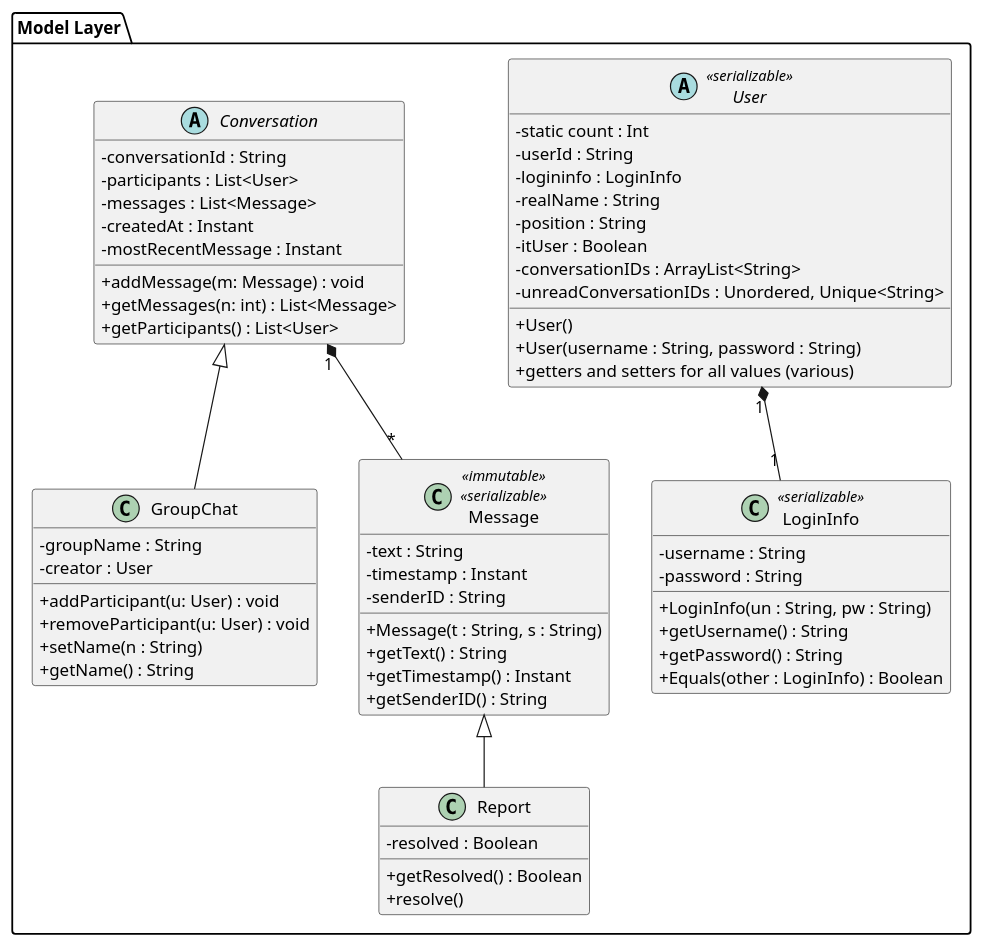
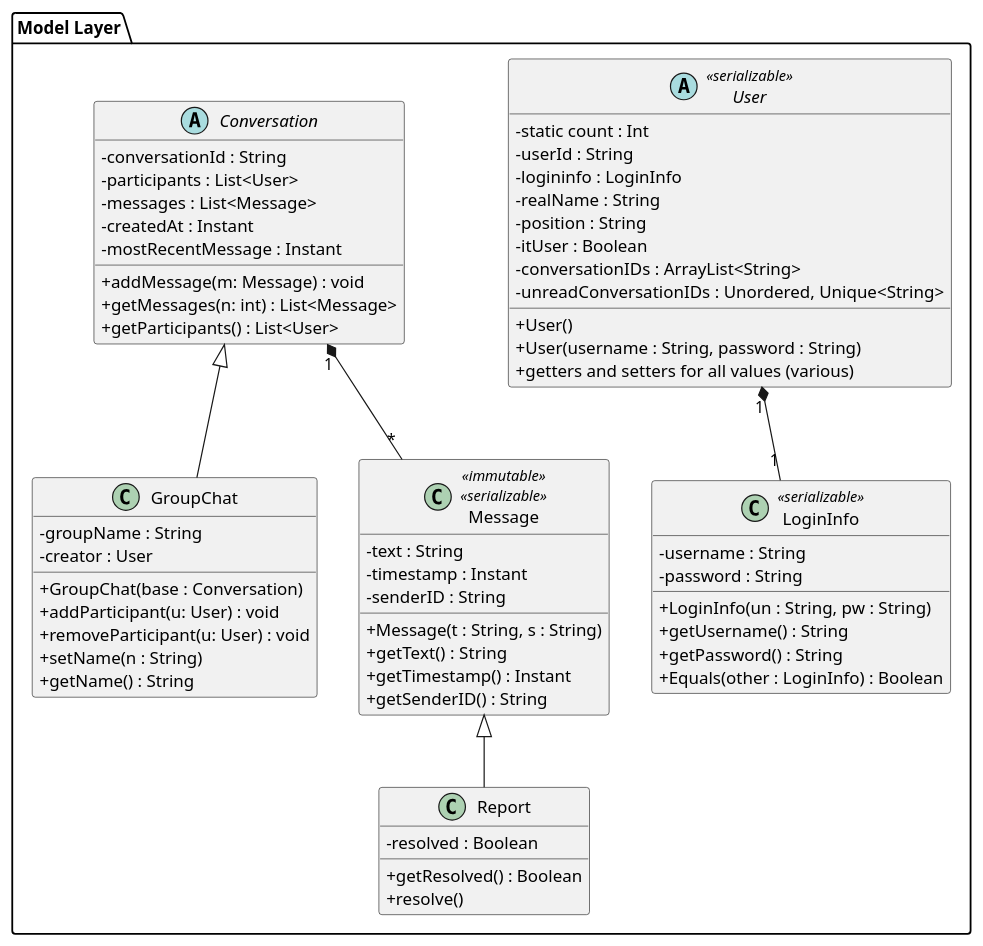
One commit to NubezVilla/CS_401_Group_1 changed the diagram in docs/diagrams/ClassDiagram/DataModelClassDiagram.puml. Above: the diagram before and after it, drawn with PlantUML.

```diff
--- a/docs/diagrams/ClassDiagram/DataModelClassDiagram.puml
+++ b/docs/diagrams/ClassDiagram/DataModelClassDiagram.puml
@@ -1,71 +1,72 @@
 @startuml
 skinparam classAttributeIconSize 0
 
 package "Model Layer" {
 
   abstract class User <<serializable>> {
     - static count : Int
     - userId : String
     - logininfo : LoginInfo
     - realName : String
     - position : String
     - itUser : Boolean
     - conversationIDs : ArrayList<String> 
     - unreadConversationIDs : Unordered, Unique<String>
     + User()
     + User(username : String, password : String)
     + getters and setters for all values (various)
   }
 
   class LoginInfo <<serializable>>{
     - username : String
     - password : String
     + LoginInfo(un : String, pw : String)
     + getUsername() : String
     + getPassword() : String
     + Equals(other : LoginInfo) : Boolean
 }
 
 
   abstract class Conversation {
     - conversationId : String
     - participants : List<User>
     - messages : List<Message>
     - createdAt : Instant
     - mostRecentMessage : Instant 
     + addMessage(m: Message) : void
     + getMessages(n: int) : List<Message>
     + getParticipants() : List<User>
   }
 
   class GroupChat {
     - groupName : String
     - creator : User
+    + GroupChat(base : Conversation)
     + addParticipant(u: User) : void
     + removeParticipant(u: User) : void
  + setName(n : String) 
 + getName() : String
   }
 
   class Message <<immutable>> <<serializable>> {
     - text : String
     - timestamp : Instant
     - senderID : String
     + Message(t : String, s : String)
     + getText() : String
     + getTimestamp() : Instant
     + getSenderID() : String
   }
 
   class Report {
     - resolved : Boolean
 + getResolved() : Boolean
 + resolve() 
   }
 
 Conversation <|-- GroupChat
 Message <|-- Report
 User "1" *-- "1" LoginInfo
 Conversation "1" *-- "*" Message
 }
 @enduml
```
